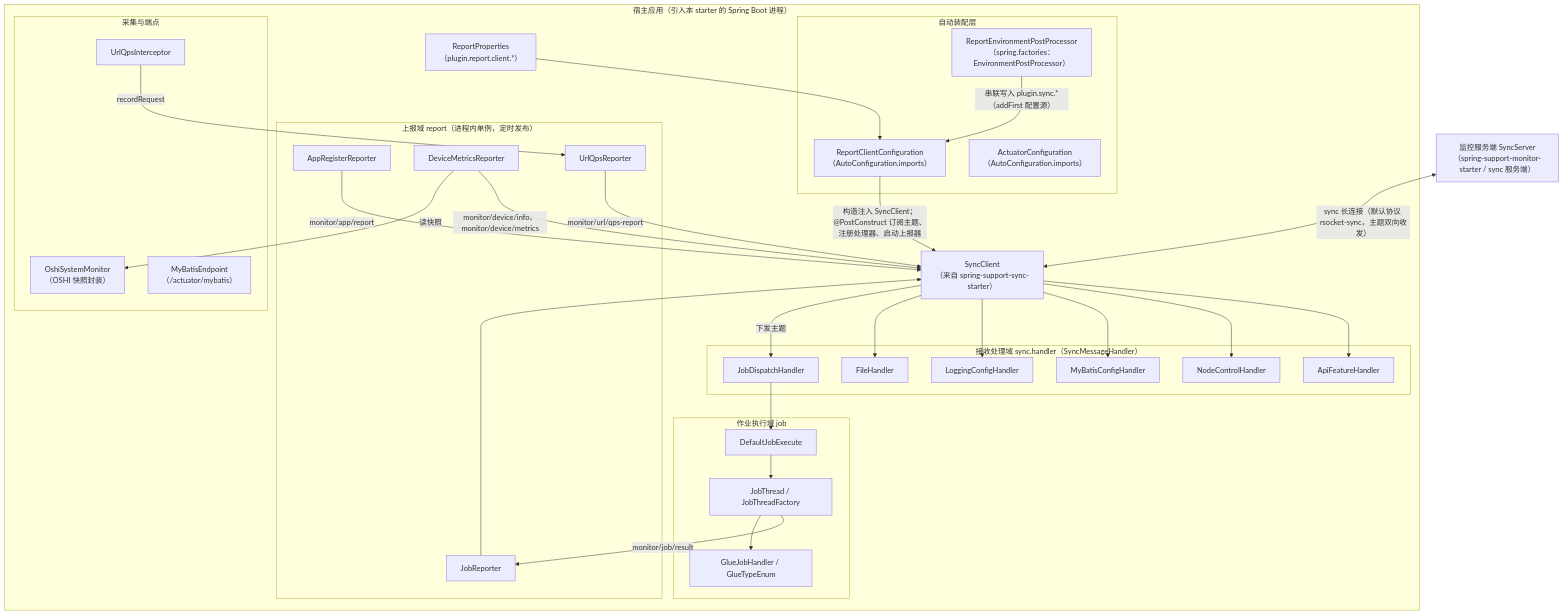
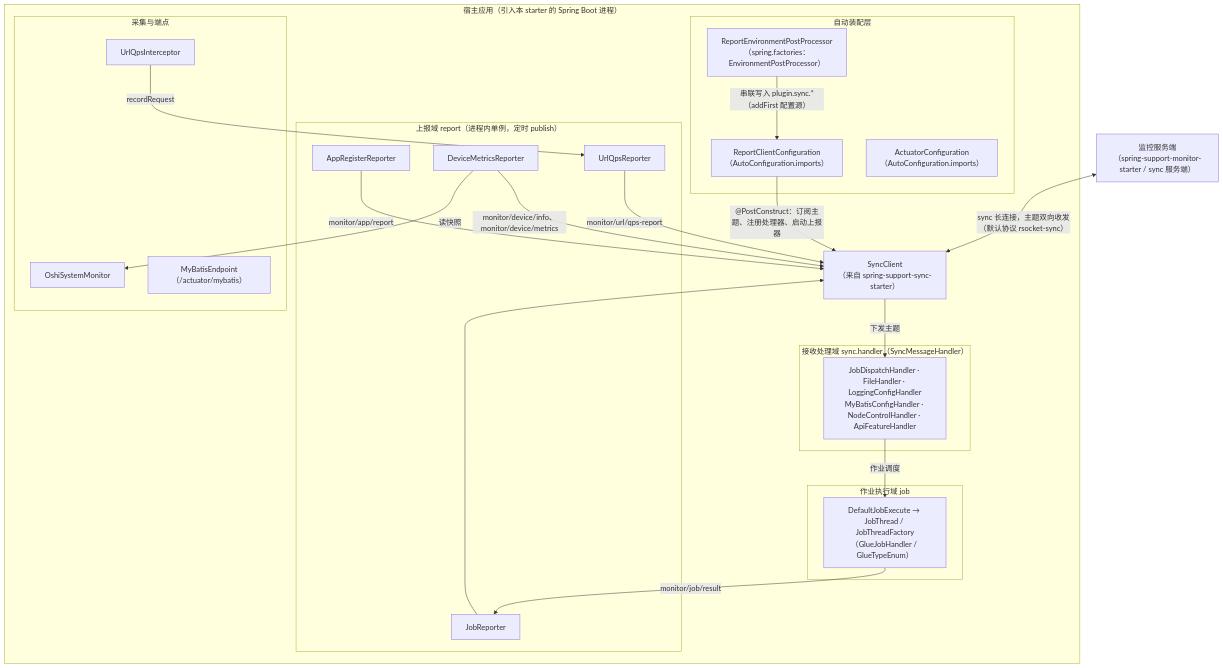
The first of 2 diagrams in spring-support-report-client-starter/README.md (CHTK001/spring-support-parent-starter), drawn with Mermaid before and after one commit. The commit also changed other lines of this file and 54 other files, not shown here.

````diff
--- a/spring-support-report-client-starter/README.md
+++ b/spring-support-report-client-starter/README.md
@@ -15,61 +9,43 @@
 ```mermaid
 flowchart TB
-    SRV["监控服务端 SyncServer<br/>（spring-support-monitor-starter / sync 服务端）"]
+    SRV["监控服务端<br/>（spring-support-monitor-starter / sync 服务端）"]
 
     subgraph HOST["宿主应用（引入本 starter 的 Spring Boot 进程）"]
         subgraph L1["自动装配层"]
             EPP["ReportEnvironmentPostProcessor<br/>（spring.factories：EnvironmentPostProcessor）"]
             RCC["ReportClientConfiguration<br/>（AutoConfiguration.imports）"]
             AC["ActuatorConfiguration<br/>（AutoConfiguration.imports）"]
         end
-        subgraph L2["上报域 report（进程内单例，定时发布）"]
+        subgraph L2["上报域 report（进程内单例，定时 publish）"]
             ARR["AppRegisterReporter"]
             DMR["DeviceMetricsReporter"]
             UQR["UrlQpsReporter"]
             JR["JobReporter"]
         end
         subgraph L3["接收处理域 sync.handler（SyncMessageHandler）"]
-            JDH["JobDispatchHandler"]
-            FH["FileHandler"]
-            LCH["LoggingConfigHandler"]
-            MBH["MyBatisConfigHandler"]
-            NCH["NodeControlHandler"]
-            AFH["ApiFeatureHandler"]
+            HD["JobDispatchHandler · FileHandler · LoggingConfigHandler<br/>MyBatisConfigHandler · NodeControlHandler · ApiFeatureHandler"]
         end
         subgraph L4["作业执行域 job"]
-            DJE["DefaultJobExecute"]
-            JT["JobThread / JobThreadFactory"]
-            GJH["GlueJobHandler / GlueTypeEnum"]
+            DJE["DefaultJobExecute → JobThread / JobThreadFactory<br/>（GlueJobHandler / GlueTypeEnum）"]
         end
         subgraph L5["采集与端点"]
-            OSM["OshiSystemMonitor<br/>（OSHI 快照封装）"]
-            MBE["MyBatisEndpoint<br/>（/actuator/mybatis）"]
+            OSM["OshiSystemMonitor"]
+            MBE["MyBatisEndpoint（/actuator/mybatis）"]
             UQI["UrlQpsInterceptor"]
         end
-        PROPS["ReportProperties<br/>（plugin.report.client.*）"]
         SYNC["SyncClient<br/>（来自 spring-support-sync-starter）"]
     end
 
-    SRV <-->|"sync 长连接（默认协议 rsocket-sync，主题双向收发）"| SYNC
-
+    SRV <-->|"sync 长连接，主题双向收发（默认协议 rsocket-sync）"| SYNC
     EPP -->|"串联写入 plugin.sync.*（addFirst 配置源）"| RCC
-    PROPS --> RCC
-    RCC -->|"构造注入 SyncClient；@PostConstruct 订阅主题、注册处理器、启动上报器"| SYNC
+    RCC -->|"@PostConstruct：订阅主题、注册处理器、启动上报器"| SYNC
     ARR -->|"monitor/app/report"| SYNC
     DMR -->|"读快照"| OSM
     DMR -->|"monitor/device/info、monitor/device/metrics"| SYNC
     UQI -->|"recordRequest"| UQR
     UQR -->|"monitor/url/qps-report"| SYNC
-
-    SYNC -->|"下发主题"| JDH
-    SYNC --> FH
-    SYNC --> LCH
-    SYNC --> MBH
-    SYNC --> NCH
-    SYNC --> AFH
-    JDH --> DJE
-    DJE --> JT
-    JT --> GJH
-    JT -->|"monitor/job/result"| JR
+    SYNC -->|"下发主题"| HD
+    HD -->|"作业调度"| DJE
+    DJE -->|"monitor/job/result"| JR
     JR --> SYNC
 ```
````
